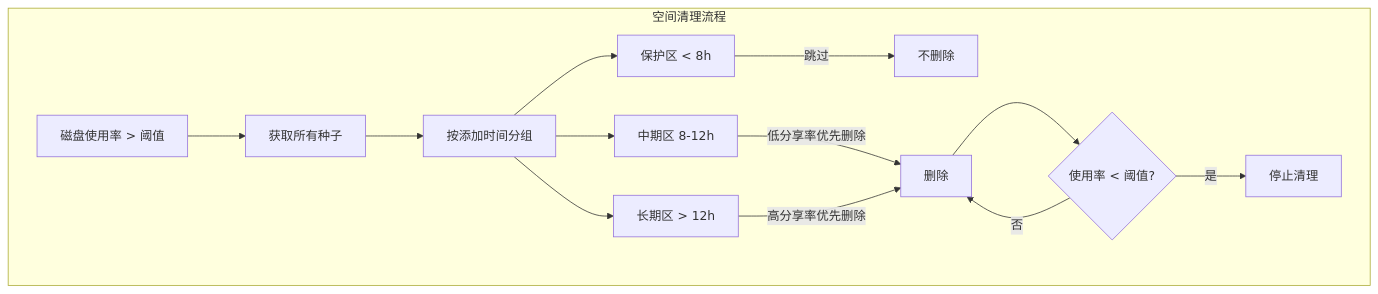
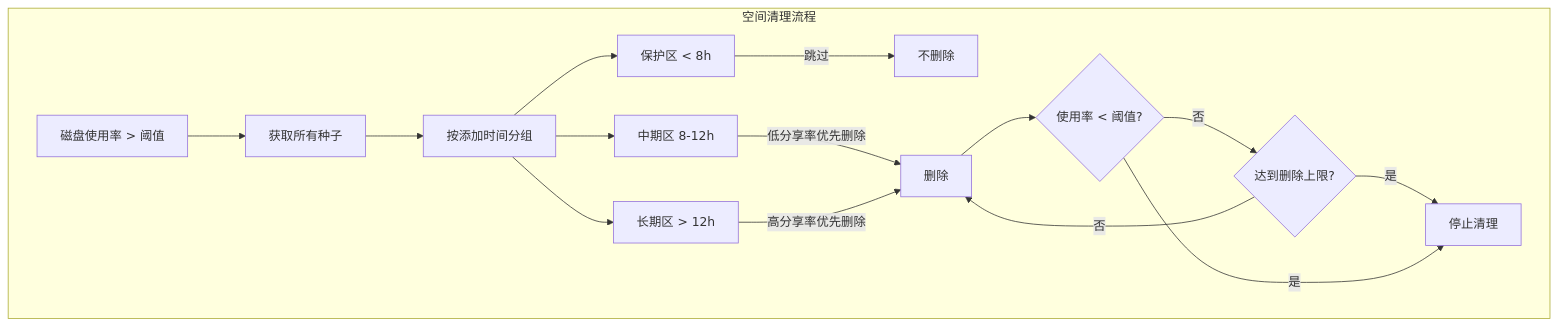
One commit to Yuri-NagaSaki/AniBT-Speed changed the third of 3 diagrams in README.md. Above: the diagram before and after it, drawn with Mermaid. The commit also changed other lines of this file and 1 other file, not shown here.

````diff
--- a/README.md
+++ b/README.md
@@ -204,16 +205,18 @@
 ```mermaid
 flowchart TB
     subgraph 空间清理流程
         A[磁盘使用率 > 阈值] --> B[获取所有种子]
         B --> C[按添加时间分组]
         C --> D[保护区 < 8h]
         C --> E[中期区 8-12h]
         C --> F[长期区 > 12h]
         D -->|跳过| G[不删除]
         E -->|低分享率优先删除| H[删除]
         F -->|高分享率优先删除| H
         H --> I{使用率 < 阈值?}
-        I -->|否| H
+        I -->|否| K{达到删除上限?}
+        K -->|否| H
+        K -->|是| J[停止清理]
         I -->|是| J[停止清理]
     end
 ```
````
